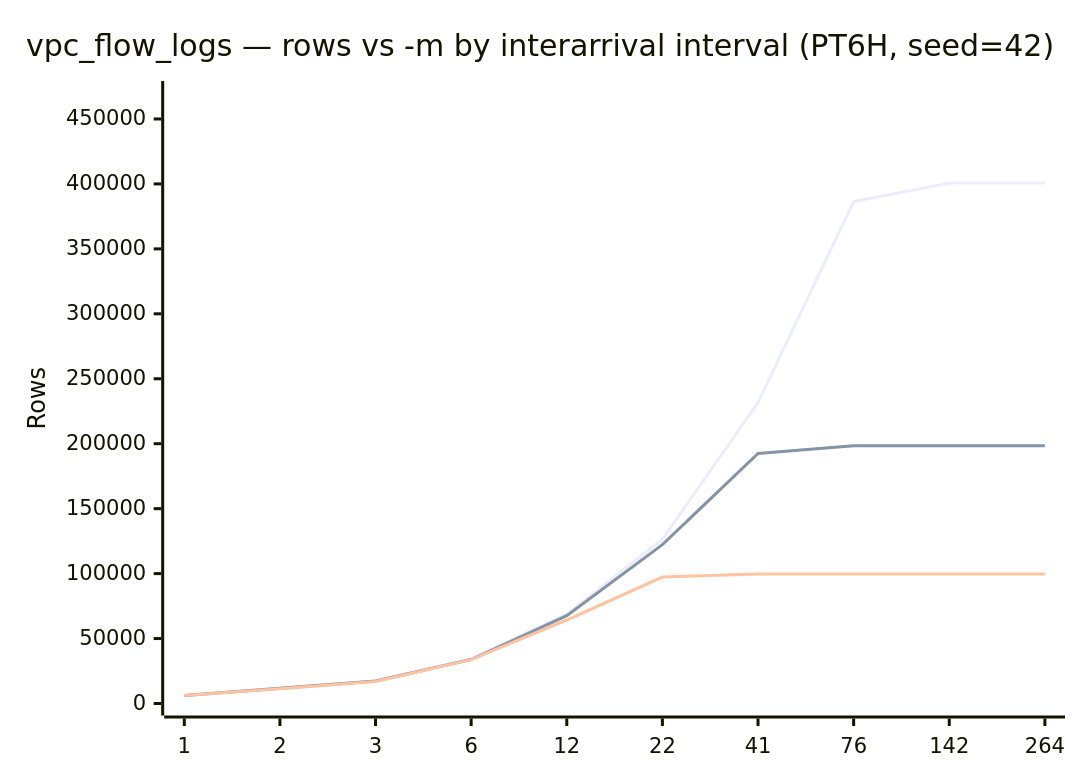
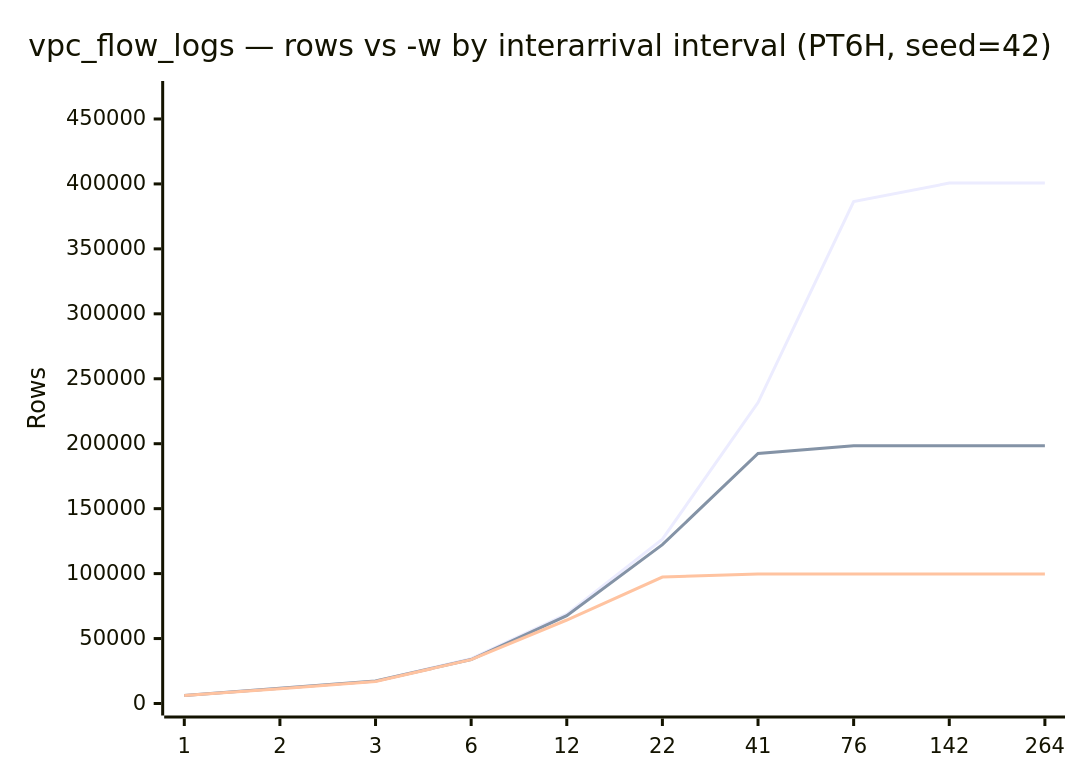
One commit to implydata/imply-eventgenerator changed the second of 2 diagrams in docs/presets/vpc_flow_logs.md. Above: the diagram before and after it, drawn with Mermaid. The commit also changed other lines of this file and 22 other files, not shown here.

````diff
--- a/docs/presets/vpc_flow_logs.md
+++ b/docs/presets/vpc_flow_logs.md
@@ -78,9 +78,9 @@
 ```mermaid
 xychart-beta
-    title "vpc_flow_logs — rows vs -m by interarrival interval (PT6H, seed=42)"
+    title "vpc_flow_logs — rows vs -w by interarrival interval (PT6H, seed=42)"
     x-axis [1, 2, 3, 6, 12, 22, 41, 76, 142, 264]
     y-axis "Rows" 0 --> 470000
     line [6115, 11749, 17196, 34522, 68828, 126496, 231698, 386451, 400625, 400625]
     line [6116, 11771, 17362, 33806, 67583, 122248, 192555, 198392, 198392, 198392]
     line [6140, 11397, 16878, 33800, 64278, 97322, 99766, 99766, 99766, 99766]
 ```
````
